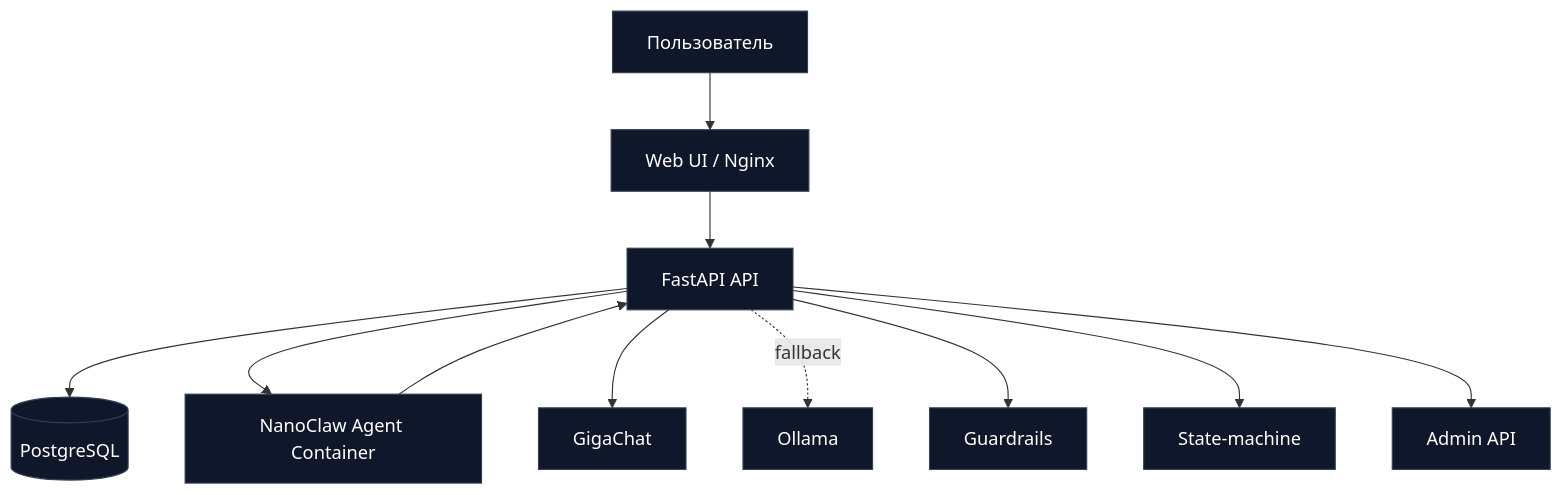
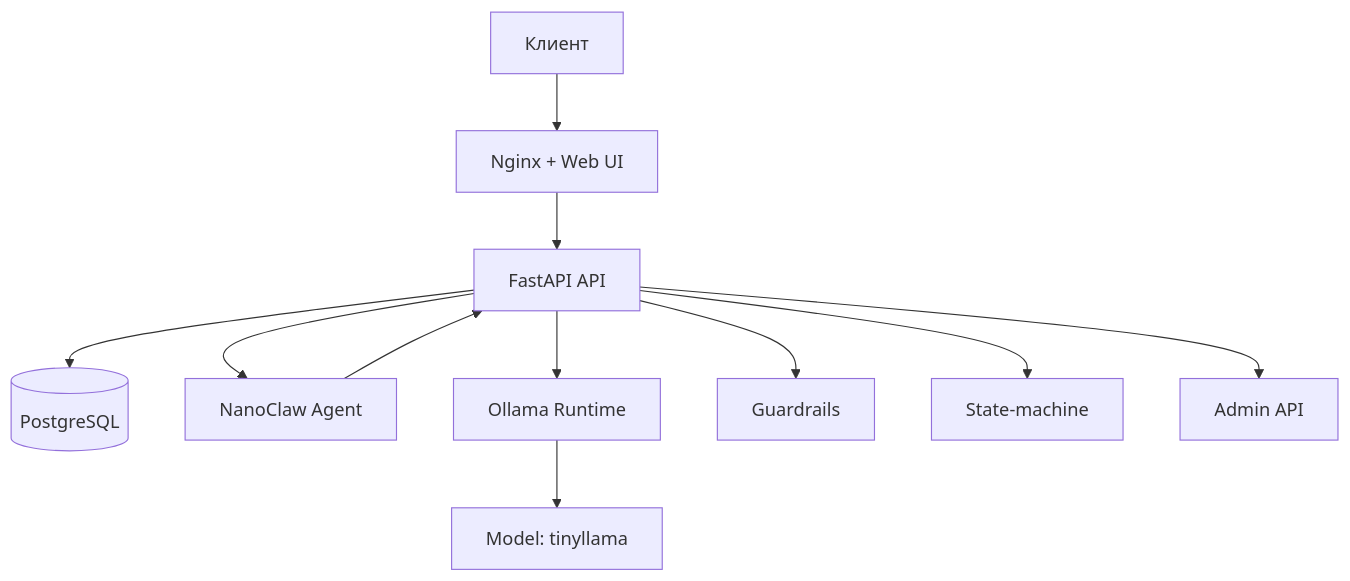
One commit to dedok0x/agrolead-assistant changed the diagram in docs/architecture.md. Above: the diagram before and after it, drawn with Mermaid. The commit also changed other lines of this file and 11 other files, not shown here.

````diff
--- a/docs/architecture.md
+++ b/docs/architecture.md
@@ -3,17 +3,14 @@
 ```mermaid
 flowchart TD
-    U[Пользователь] --> W[Web UI / Nginx]
-    W --> API[FastAPI API]
+    U[Клиент] --> WEB[Nginx + Web UI]
+    WEB --> API[FastAPI API]
     API --> DB[(PostgreSQL)]
-    API --> NANO[NanoClaw Agent Container]
+    API --> NANO[NanoClaw Agent]
     NANO --> API
-    API --> GIGA[GigaChat]
-    API -. fallback .-> OLLAMA[Ollama]
+    API --> OLLAMA[Ollama Runtime]
+    OLLAMA --> MODEL[Model: tinyllama]
 
-    API --> GS[Guardrails]
+    API --> GR[Guardrails]
     API --> SM[State-machine]
-    API --> ADM[Admin API]
-
-    classDef node fill:#0f172a,color:#fff,stroke:#334155;
-    class W,API,DB,NANO,GIGA,OLLAMA,GS,SM,ADM node;
+    API --> ADMIN[Admin API]
 ```
````
